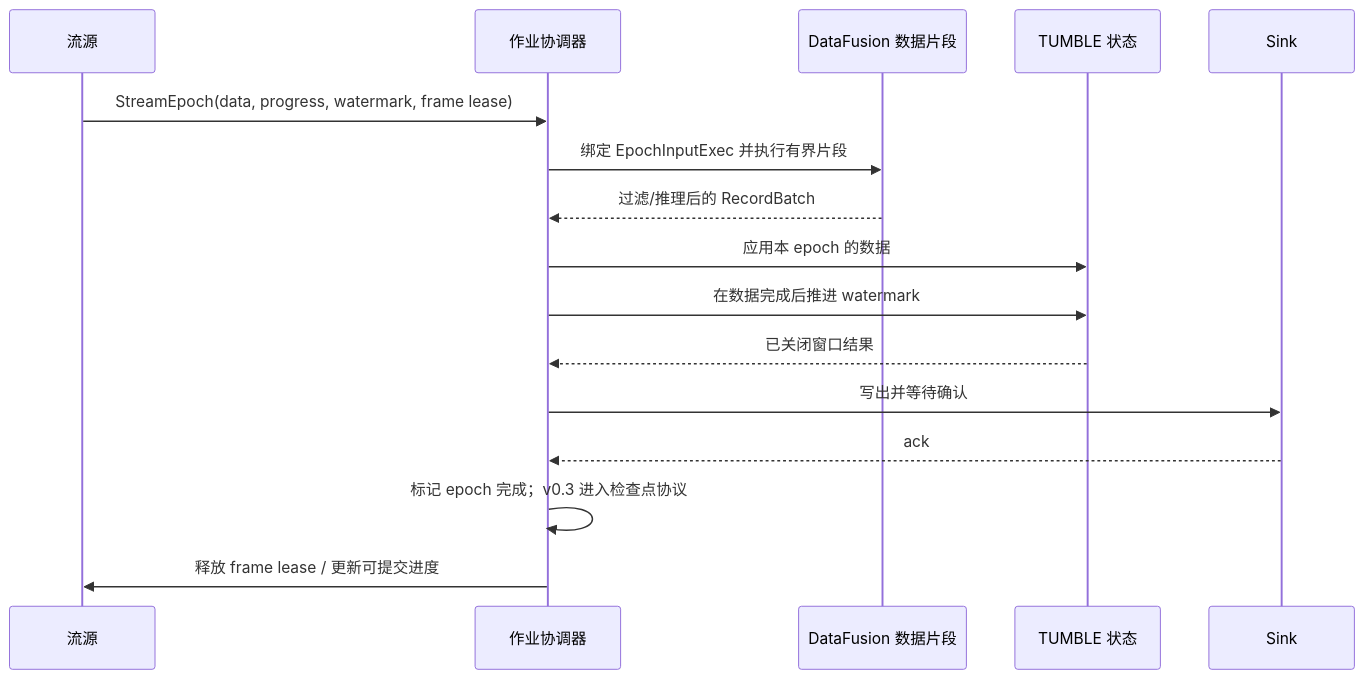
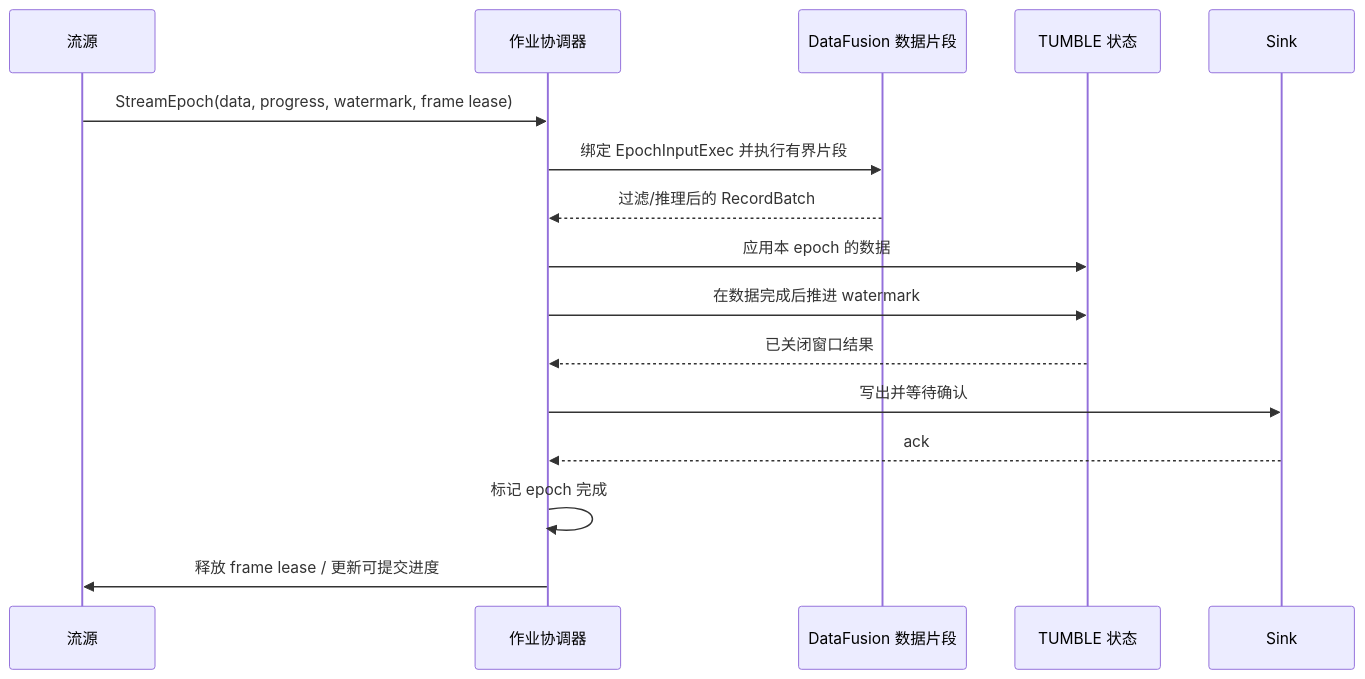
One commit to zhenlohuang/visionql changed the second of 2 diagrams in docs/design.md. Above: the diagram before and after it, drawn with Mermaid. The commit also changed other lines of this file, not shown here.

````diff
--- a/docs/design.md
+++ b/docs/design.md
@@ -271,19 +262,19 @@
 ```mermaid
 sequenceDiagram
     participant S as 流源
     participant C as 作业协调器
     participant D as DataFusion 数据片段
     participant W as TUMBLE 状态
     participant K as Sink
 
     S->>C: StreamEpoch(data, progress, watermark, frame lease)
     C->>D: 绑定 EpochInputExec 并执行有界片段
     D-->>C: 过滤/推理后的 RecordBatch
     C->>W: 应用本 epoch 的数据
     C->>W: 在数据完成后推进 watermark
     W-->>C: 已关闭窗口结果
     C->>K: 写出并等待确认
     K-->>C: ack
-    C->>C: 标记 epoch 完成；v0.3 进入检查点协议
+    C->>C: 标记 epoch 完成
     C->>S: 释放 frame lease / 更新可提交进度
 ```
````
